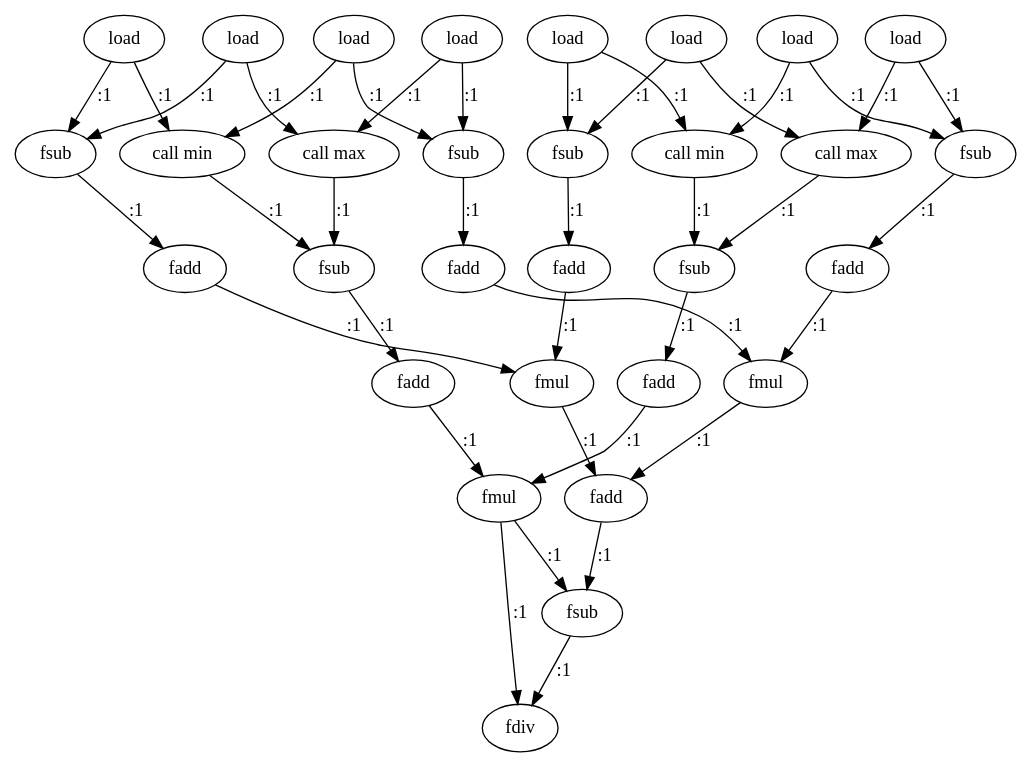
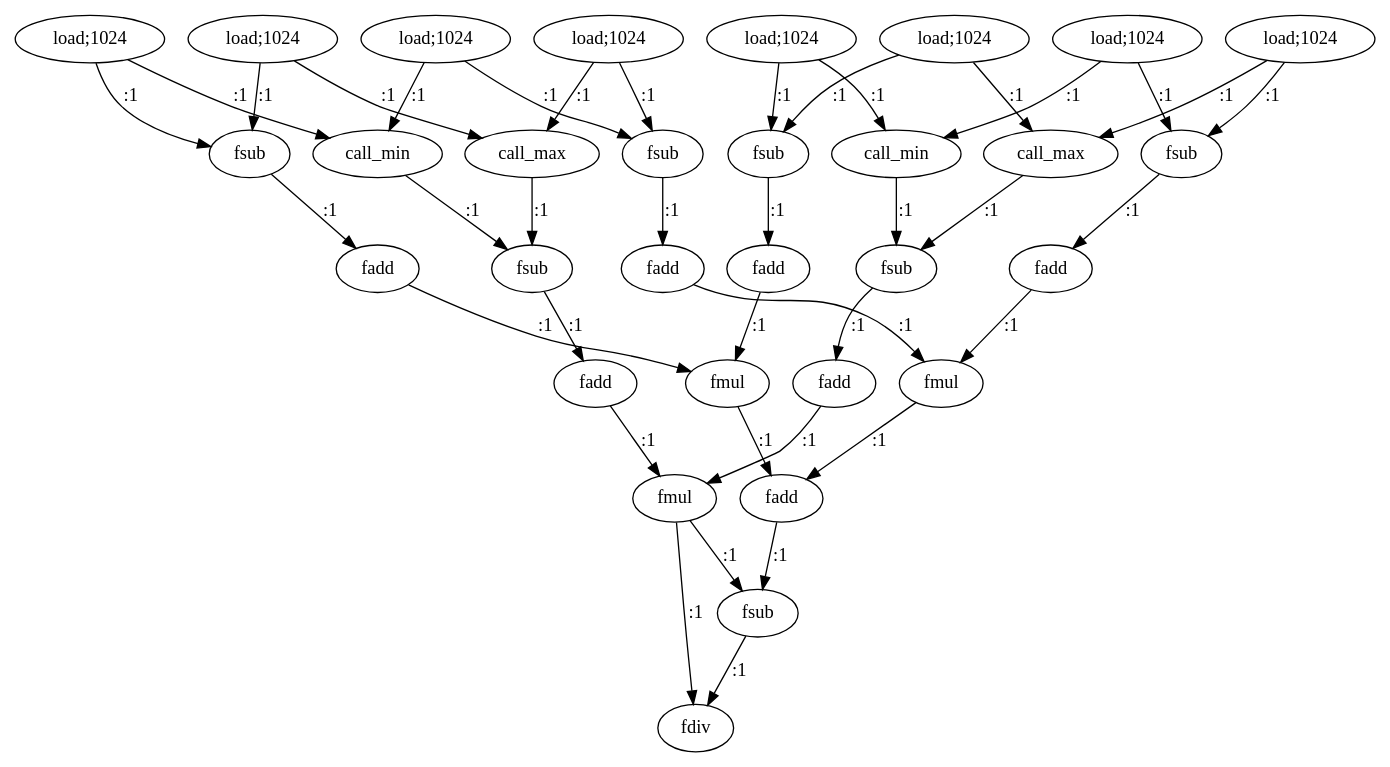
One commit to nikhilsambhus/MASc-graphDots changed the diagram in ious1.dot. Above: the diagram before and after it, drawn with Graphviz. The commit also changed 51 other files, not shown here.

```diff
--- a/ious1.dot
+++ b/ious1.dot
@@ -1,71 +1,71 @@
 digraph  {
-   0 [label="load"];
-   1 [label="call max"];
-   2 [label="load"];
-   3 [label="load"];
-   4 [label="load"];
-   5 [label="load"];
-   6 [label="load"];
-   7 [label="load"];
-   8 [label="load"];
+   0 [label="load;1024"];
+   1 [label="call_max"];
+   2 [label="load;1024"];
+   3 [label="load;1024"];
+   4 [label="load;1024"];
+   5 [label="load;1024"];
+   6 [label="load;1024"];
+   7 [label="load;1024"];
+   8 [label="load;1024"];
    9 [label="fsub"];
-   10 [label="call max"];
-   11 [label="call min"];
-   12 [label="call min"];
+   10 [label="call_max"];
+   11 [label="call_min"];
+   12 [label="call_min"];
    13 [label="fsub"];
    14 [label="fadd"];
    15 [label="fsub"];
    16 [label="fadd"];
    17 [label="fmul"];
    18 [label="fadd"];
    19 [label="fsub"];
    20 [label="fadd"];
    21 [label="fmul"];
    22 [label="fsub"];
    23 [label="fadd"];
    24 [label="fsub"];
    25 [label="fadd"];
    26 [label="fmul"];
    27 [label="fadd"];
    28 [label="fsub"];
    29 [label="fdiv"];
 
    0->10 [label=":1"]
    0->9 [label=":1"]
    1->15 [label=":1"]
    2->1 [label=":1"]
    2->19 [label=":1"]
    3->11 [label=":1"]
    3->9 [label=":1"]
    4->12 [label=":1"]
    4->19 [label=":1"]
    5->10 [label=":1"]
    5->22 [label=":1"]
    6->1 [label=":1"]
    6->24 [label=":1"]
    7->11 [label=":1"]
    7->22 [label=":1"]
    8->12 [label=":1"]
    8->24 [label=":1"]
    9->18 [label=":1"]
    10->13 [label=":1"]
    11->13 [label=":1"]
    12->15 [label=":1"]
    13->14 [label=":1"]
    14->17 [label=":1"]
    15->16 [label=":1"]
    16->17 [label=":1"]
    17->29 [label=":1"]
    17->28 [label=":1"]
    18->21 [label=":1"]
    19->20 [label=":1"]
    20->21 [label=":1"]
    21->27 [label=":1"]
    22->23 [label=":1"]
    23->26 [label=":1"]
    24->25 [label=":1"]
    25->26 [label=":1"]
    26->27 [label=":1"]
    27->28 [label=":1"]
    28->29 [label=":1"]
 }
```
